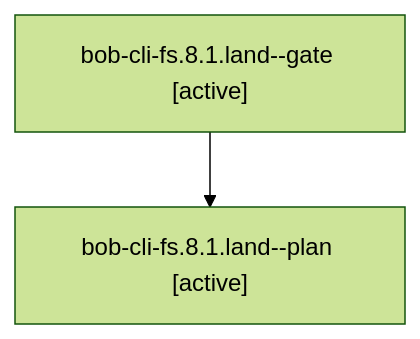
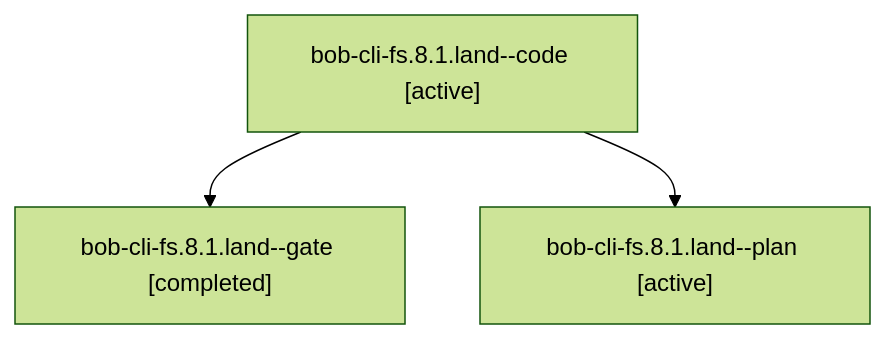
The diagram in sessions/bbugyi200.athena.bob-cli-fs.8.1.land.md (bobs-org/bob-cli--agents), drawn with Mermaid (forest theme) before and after one commit. The commit also changed other lines of this file and 54 other files, not shown here.

````diff
--- a/sessions/bbugyi200.athena.bob-cli-fs.8.1.land.md
+++ b/sessions/bbugyi200.athena.bob-cli-fs.8.1.land.md
@@ -9,6 +9,8 @@
 ```mermaid
 flowchart TD
-  n0["bob-cli-fs.8.1.land--gate [active]"]
-  n1["bob-cli-fs.8.1.land--plan [active]"]
+  n0["bob-cli-fs.8.1.land--code [active]"]
+  n1["bob-cli-fs.8.1.land--gate [completed]"]
   n0 --> n1
+  n2["bob-cli-fs.8.1.land--plan [active]"]
+  n0 --> n2
 ```
````
